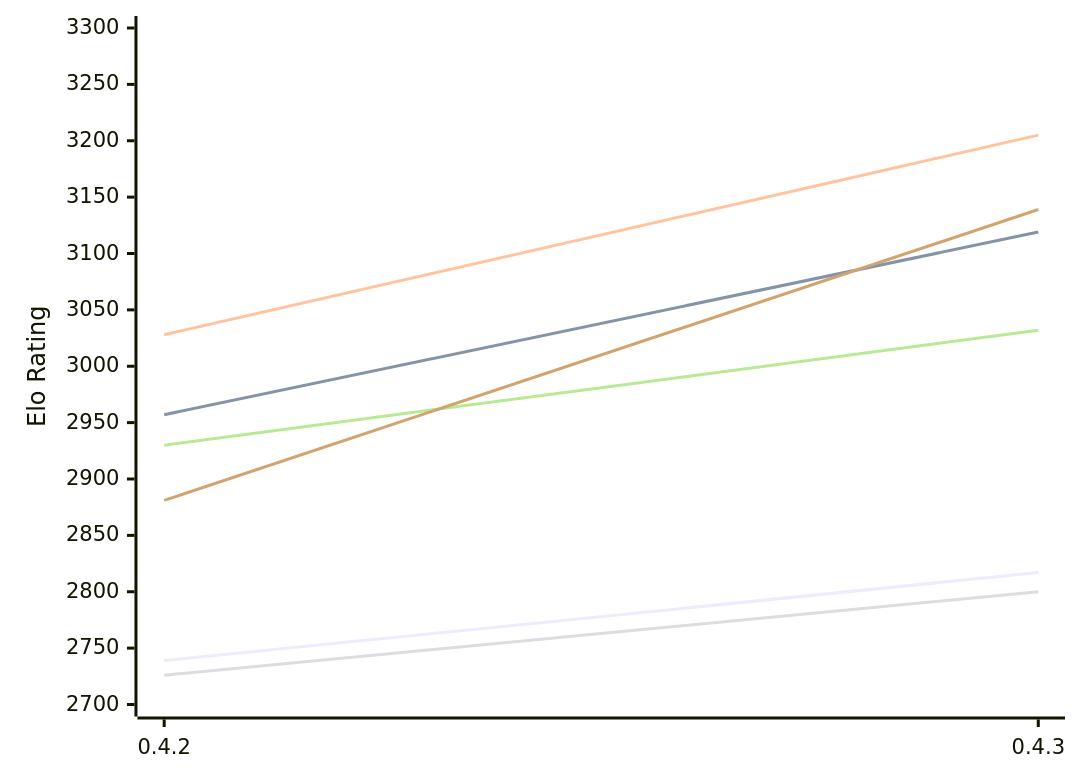
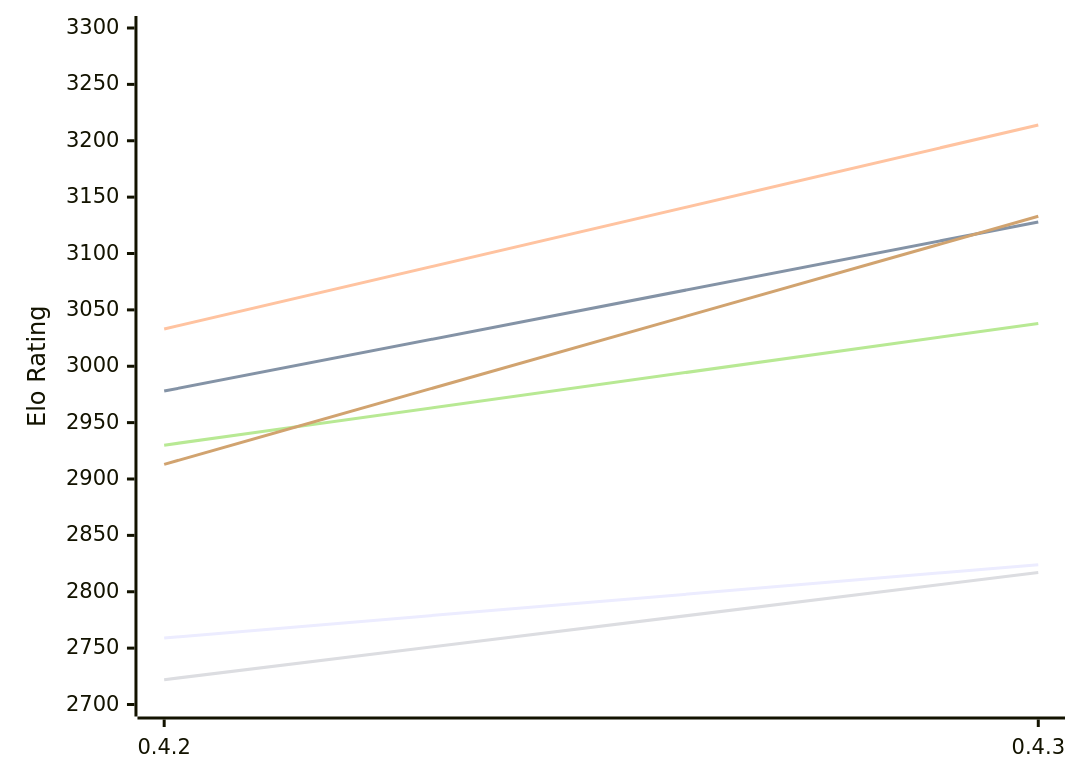
Before and after one commit to computer-chess-index/cci: the first of 2 diagrams in engines/Dual.md, drawn with Mermaid. The commit also changed other lines of this file, not shown here.

Commit message:
Update CCI Ratings (ELO VLTC) - 2026-11-16

````diff
--- a/engines/Dual.md
+++ b/engines/Dual.md
@@ -56,12 +56,12 @@
 ```mermaid
 %%{init: {"theme":"base","themeVariables":{"seriesColors:['#a3a3a3','#222221','#faa371']}}}%%
 xychart-beta
   x-axis ["0.4.2", "0.4.3"]
   y-axis "Elo Rating" 2700 --> 3300
-  line "E1: STC (8.0+0.08s)" [2739, 2817]
-  line "E1: LTC (60.0+0.60s)" [2957, 3119]
-  line "E1: VLTC (2m24s+1.12s)" [3028, 3205]
-  line "P1: STC (8.0+0.08s)" [2726, 2800]
-  line "P1: LTC (60.0+0.60s)" [2930, 3032]
-  line "P1: VLTC (2m24s+1.12s)" [2881, 3139]
+  line "E1: STC (8.0+0.08s)" [2759, 2824]
+  line "E1: LTC (60.0+0.60s)" [2978, 3128]
+  line "E1: VLTC (2m24s+1.12s)" [3033, 3214]
+  line "P1: STC (8.0+0.08s)" [2722, 2817]
+  line "P1: LTC (60.0+0.60s)" [2930, 3038]
+  line "P1: VLTC (2m24s+1.12s)" [2913, 3133]
 ```
````
